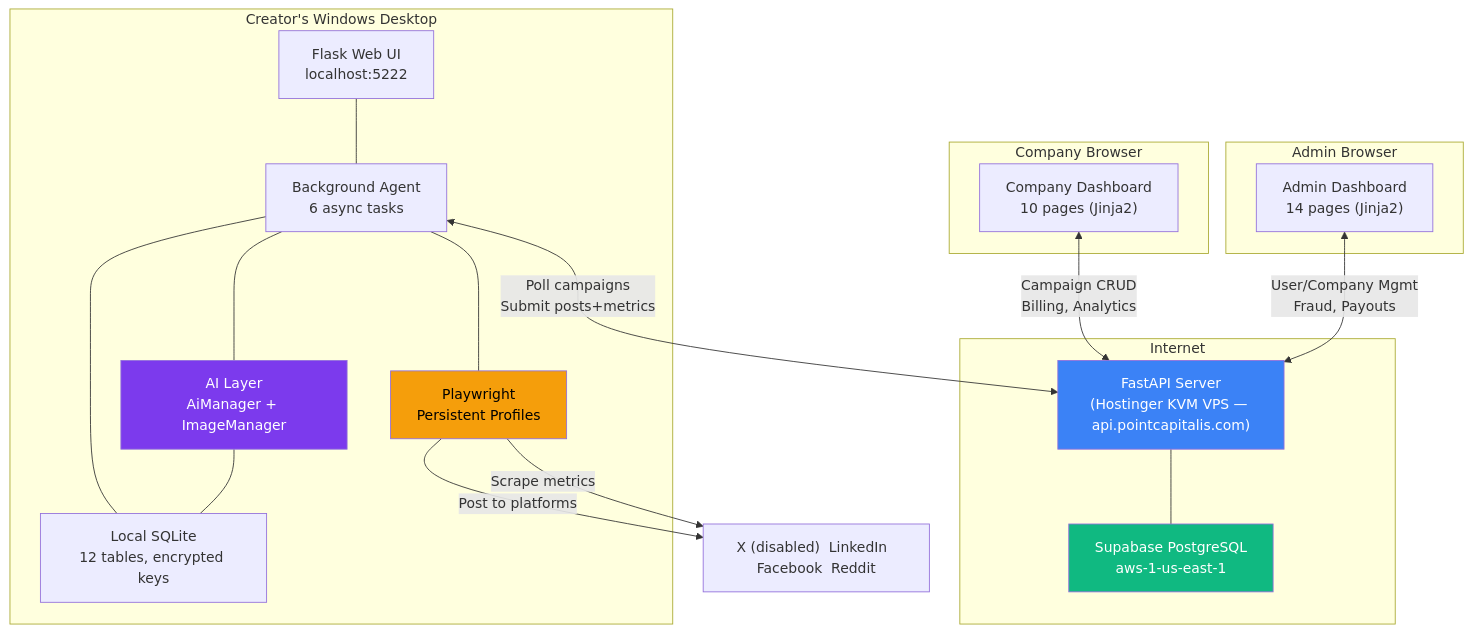
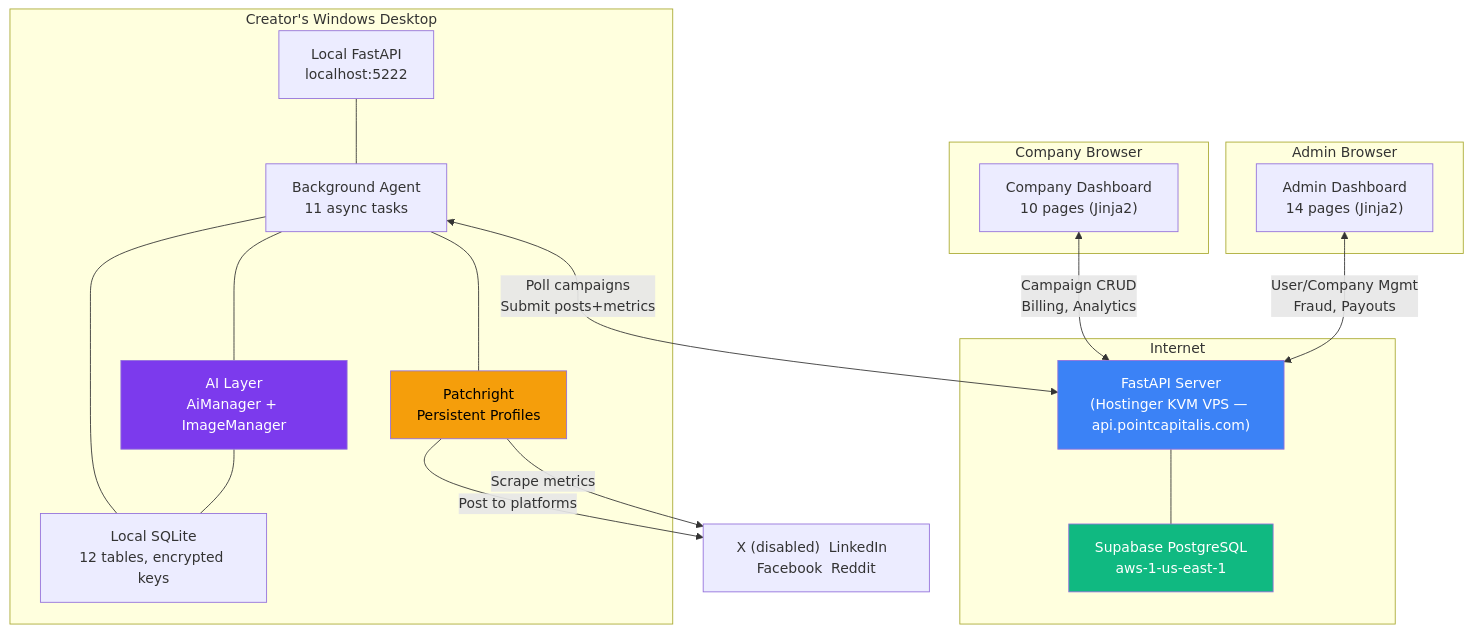
One commit to Samaara-Das/Amplifier changed the first of 6 diagrams in docs/technical-architecture.md. Above: the diagram before and after it, drawn with Mermaid. The commit also changed other lines of this file and 6 other files, not shown here.

````diff
--- a/docs/technical-architecture.md
+++ b/docs/technical-architecture.md
@@ -9,41 +9,41 @@
 ```mermaid
 graph TB
     subgraph Internet
         V["FastAPI Server<br/>(Hostinger KVM VPS — api.pointcapitalis.com)"]
         DB["Supabase PostgreSQL<br/>aws-1-us-east-1"]
         V --- DB
     end
 
     subgraph "Company Browser"
         CD["Company Dashboard<br/>10 pages (Jinja2)"]
     end
 
     subgraph "Admin Browser"
         AD["Admin Dashboard<br/>14 pages (Jinja2)"]
     end
 
     subgraph "Creator's Windows Desktop"
-        UI["Flask Web UI<br/>localhost:5222"]
-        BA["Background Agent<br/>6 async tasks"]
-        PW["Playwright<br/>Persistent Profiles"]
+        UI["Local FastAPI<br/>localhost:5222"]
+        BA["Background Agent<br/>11 async tasks"]
+        PW["Patchright<br/>Persistent Profiles"]
         AI["AI Layer<br/>AiManager + ImageManager"]
         LDB["Local SQLite<br/>12 tables, encrypted keys"]
 
         UI --- BA
         BA --- AI
         BA --- PW
         BA --- LDB
         AI --- LDB
     end
 
     CD <-->|"Campaign CRUD<br/>Billing, Analytics"| V
     AD <-->|"User/Company Mgmt<br/>Fraud, Payouts"| V
     BA <-->|"Poll campaigns<br/>Submit posts+metrics"| V
     PW -->|"Post to platforms"| SM["X (disabled)  LinkedIn  Facebook  Reddit"]
     PW -->|"Scrape metrics"| SM
 
     style V fill:#3b82f6,color:#fff
     style DB fill:#10b981,color:#fff
     style AI fill:#7c3aed,color:#fff
     style PW fill:#f59e0b,color:#000
 ```
````
